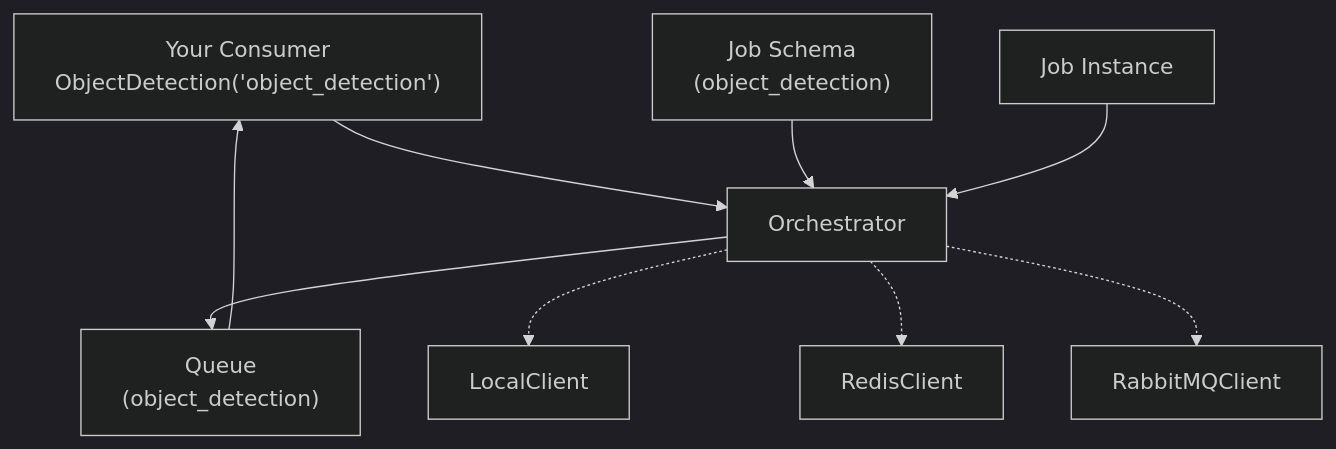
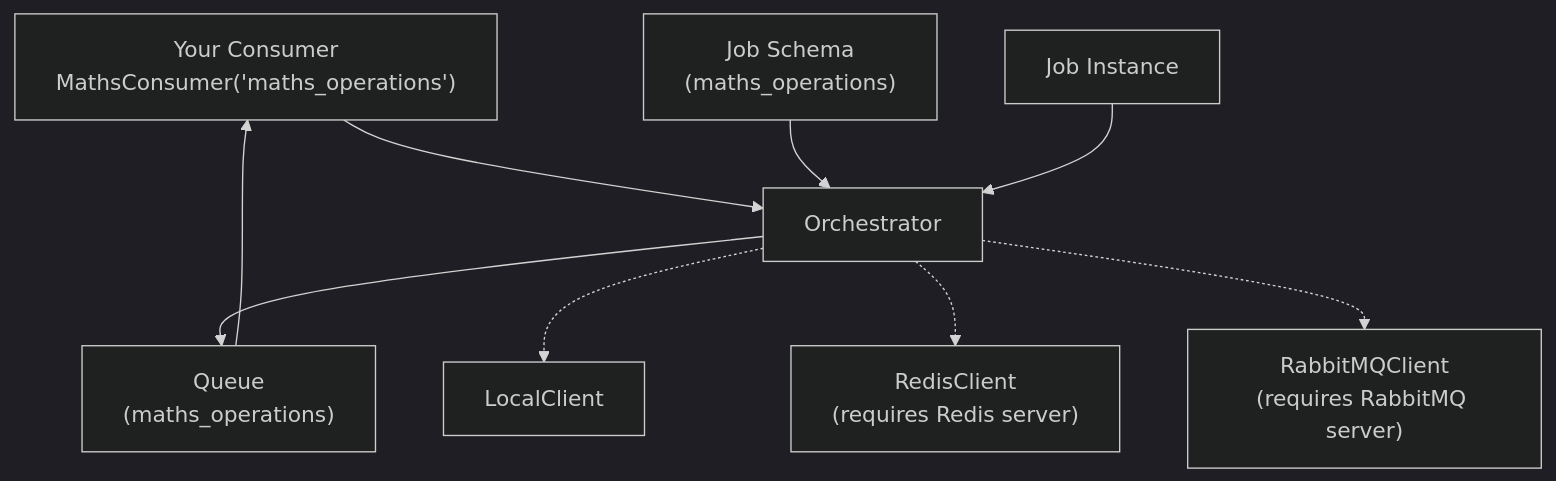
The diagram in mindtrace/jobs/README.md (Mindtrace/mindtrace), drawn with Mermaid (dark theme) before and after one commit. The commit also changed other lines of this file, not shown here.

````diff
--- a/mindtrace/jobs/README.md
+++ b/mindtrace/jobs/README.md
@@ -20,23 +39,23 @@
 ```mermaid
 graph TD
-    Consumer["Your Consumer<br/>ObjectDetection('object_detection')"] 
+    Consumer["Your Consumer<br/>MathsConsumer('maths_operations')"] 
     Orchestrator["Orchestrator"]
-    Schema["Job Schema<br/>(object_detection)"]
+    Schema["Job Schema<br/>(maths_operations)"]
     Job["Job Instance"]
-    Queue["Queue<br/>(object_detection)"]
+    Queue["Queue<br/>(maths_operations)"]
     
     LocalClient["LocalClient"]
-    RedisClient["RedisClient"] 
-    RabbitMQClient["RabbitMQClient"]
+    RedisClient["RedisClient<br/>(requires Redis server)"] 
+    RabbitMQClient["RabbitMQClient<br/>(requires RabbitMQ server)"]
     
     Consumer --> Orchestrator
     Schema --> Orchestrator
     Job --> Orchestrator
     Orchestrator --> Queue
     
     Orchestrator -.-> LocalClient
     Orchestrator -.-> RedisClient
     Orchestrator -.-> RabbitMQClient
     
     Queue --> Consumer
 ```
````
